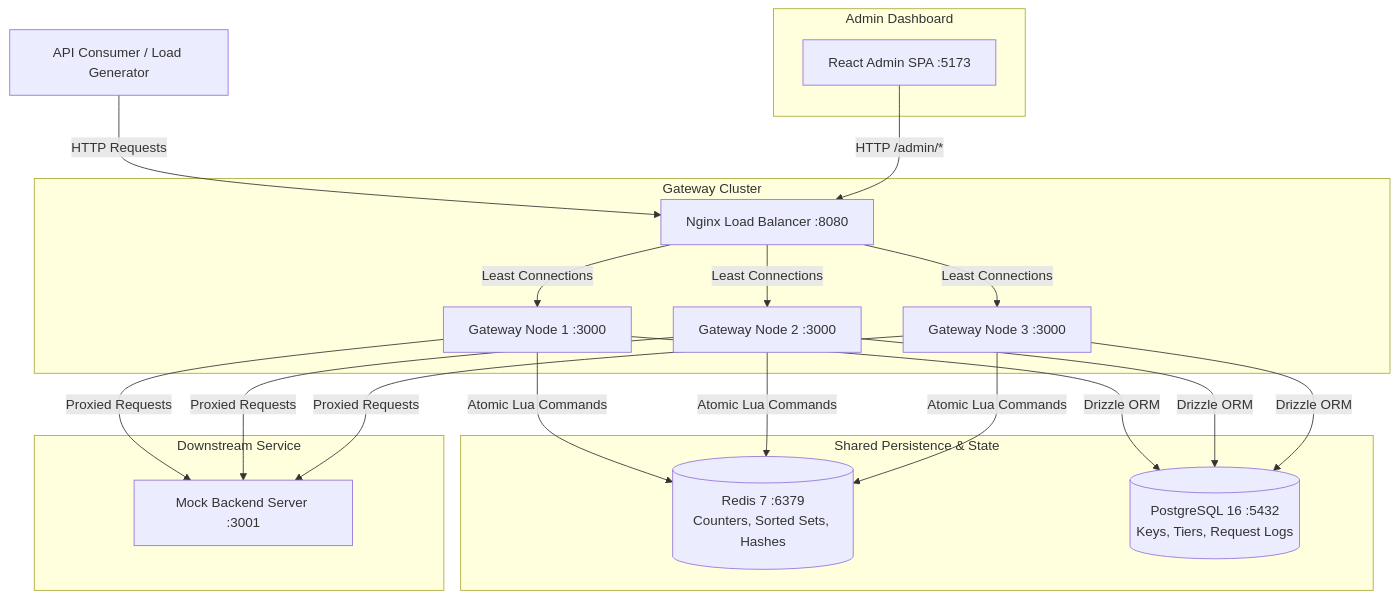
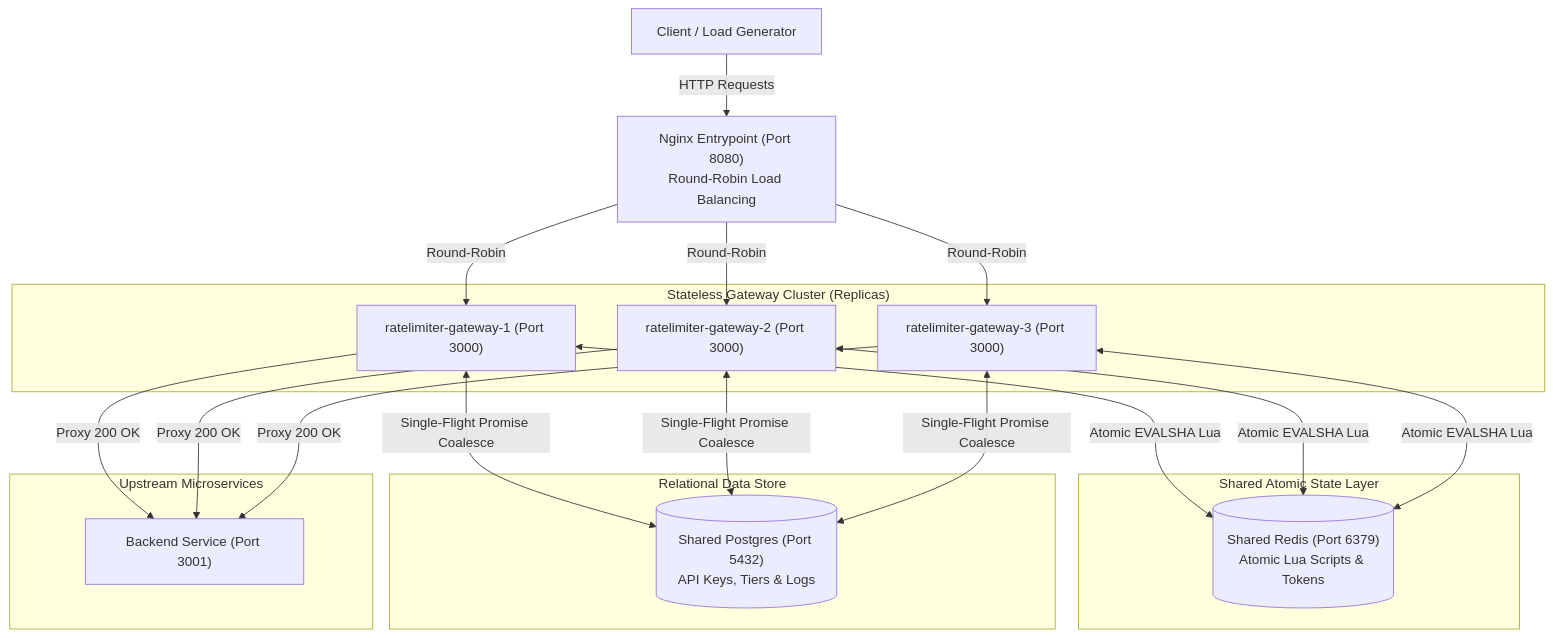
One commit to CyberJump/RateLimiter changed the diagram in README.md. Above: the diagram before and after it, drawn with Mermaid. The commit also changed other lines of this file and 34 other files, not shown here.

````diff
--- a/README.md
+++ b/README.md
@@ -25,23 +9,40 @@
 ```mermaid
 flowchart TD
-    Client[API Consumer / Load Generator] -->|HTTP Requests| Nginx[Nginx Load Balancer :8080]
+    Client["Client / Load Generator"]
+    Nginx["Nginx Entrypoint (Port 8080)\nRound-Robin Load Balancing"]
     
-    subgraph Gateway Cluster [Gateway Cluster]
-        Nginx -->|Least Connections| GW1[Gateway Node 1 :3000]
-        Nginx -->|Least Connections| GW2[Gateway Node 2 :3000]
-        Nginx -->|Least Connections| GW3[Gateway Node 3 :3000]
+    subgraph "Stateless Gateway Cluster (Replicas)"
+        G1["ratelimiter-gateway-1 (Port 3000)"]
+        G2["ratelimiter-gateway-2 (Port 3000)"]
+        G3["ratelimiter-gateway-3 (Port 3000)"]
     end
 
-    subgraph Data Layer [Shared Persistence & State]
-        GW1 & GW2 & GW3 -->|Atomic Lua Commands| Redis[(Redis 7 :6379\nCounters, Sorted Sets, Hashes)]
-        GW1 & GW2 & GW3 -->|Drizzle ORM| Postgres[(PostgreSQL 16 :5432\nKeys, Tiers, Request Logs)]
+    subgraph "Shared Atomic State Layer"
+        Redis[("Shared Redis (Port 6379)\nAtomic Lua Scripts & Tokens")]
     end
 
-    subgraph Backend Service [Downstream Service]
-        GW1 & GW2 & GW3 -->|Proxied Requests| MockBackend[Mock Backend Server :3001]
+    subgraph "Relational Data Store"
+        Postgres[("Shared Postgres (Port 5432)\nAPI Keys, Tiers & Logs")]
     end
 
-    subgraph Management UI [Admin Dashboard]
-        Dashboard[React Admin SPA :5173] -->|HTTP /admin/*| Nginx
+    subgraph "Upstream Microservices"
+        Backend["Backend Service (Port 3001)"]
     end
+
+    Client -->|HTTP Requests| Nginx
+    Nginx -->|Round-Robin| G1
+    Nginx -->|Round-Robin| G2
+    Nginx -->|Round-Robin| G3
+
+    G1 <-->|Atomic EVALSHA Lua| Redis
+    G2 <-->|Atomic EVALSHA Lua| Redis
+    G3 <-->|Atomic EVALSHA Lua| Redis
+
+    G1 <-->|Single-Flight Promise Coalesce| Postgres
+    G2 <-->|Single-Flight Promise Coalesce| Postgres
+    G3 <-->|Single-Flight Promise Coalesce| Postgres
+
+    G1 -->|Proxy 200 OK| Backend
+    G2 -->|Proxy 200 OK| Backend
+    G3 -->|Proxy 200 OK| Backend
 ```
````
